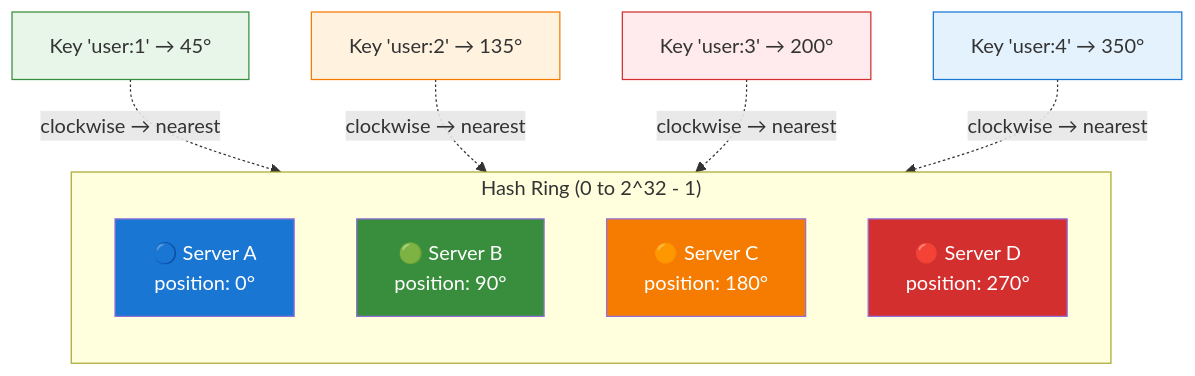
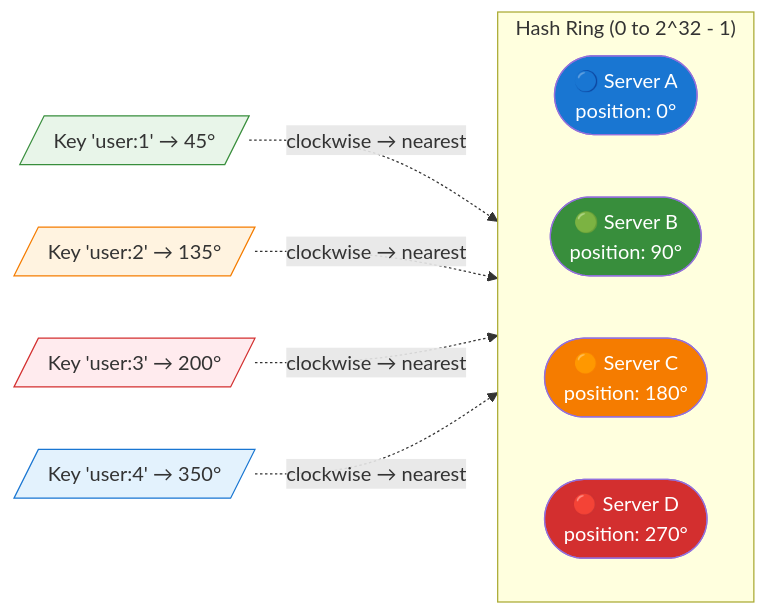
The second of 4 diagrams in docs/consistenthashing.md (saivamsikaruturi/vamsilabs-dev-notes-main), drawn with Mermaid before and after one commit. The commit also changed other lines of this file and 146 other files, not shown here.

Commit message:
Horizontal diagrams, UML class diagrams, typography overhaul, and permalink cleanup

````diff
--- a/docs/consistenthashing.md
+++ b/docs/consistenthashing.md
@@ -52,24 +52,24 @@
 ```mermaid
-graph TD
+graph LR
     subgraph Ring["Hash Ring (0 to 2^32 - 1)"]
-        direction TB
-        A["🔵 Server A<br/>position: 0°"]
-        B["🟢 Server B<br/>position: 90°"]
-        C["🟠 Server C<br/>position: 180°"]
-        D["🔴 Server D<br/>position: 270°"]
+        direction LR
+        A(["🔵 Server A<br/>position: 0°"])
+        B(["🟢 Server B<br/>position: 90°"])
+        C(["🟠 Server C<br/>position: 180°"])
+        D(["🔴 Server D<br/>position: 270°"])
     end
 
-    K1["Key 'user:1' → 45°"] -.->|"clockwise → nearest"| B
-    K2["Key 'user:2' → 135°"] -.->|"clockwise → nearest"| C
-    K3["Key 'user:3' → 200°"] -.->|"clockwise → nearest"| D
-    K4["Key 'user:4' → 350°"] -.->|"clockwise → nearest"| A
+    K1[/"Key 'user:1' → 45°"/] -.->|"clockwise → nearest"| B
+    K2[/"Key 'user:2' → 135°"/] -.->|"clockwise → nearest"| C
+    K3[/"Key 'user:3' → 200°"/] -.->|"clockwise → nearest"| D
+    K4[/"Key 'user:4' → 350°"/] -.->|"clockwise → nearest"| A
 
     style A fill:#1976d2,color:#fff
     style B fill:#388e3c,color:#fff
     style C fill:#f57c00,color:#fff
     style D fill:#d32f2f,color:#fff
     style K1 fill:#e8f5e9,stroke:#388e3c
     style K2 fill:#fff3e0,stroke:#f57c00
     style K3 fill:#ffebee,stroke:#d32f2f
     style K4 fill:#e3f2fd,stroke:#1976d2
 ```
````
